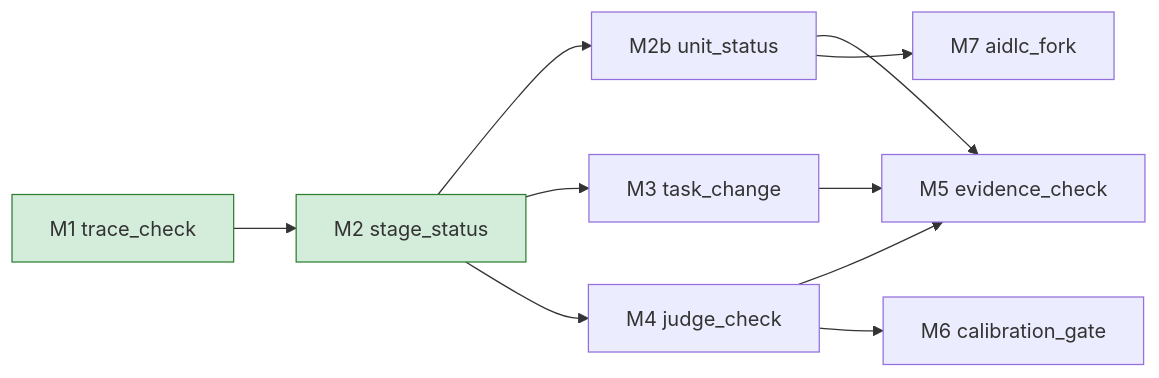
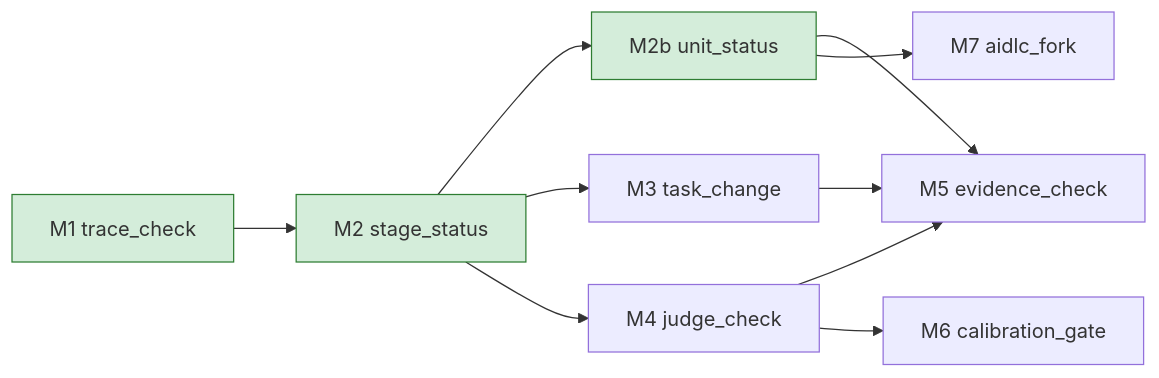
One commit to nullrul/earnest changed the diagram in docs/design/03-implementation-plan.md. Above: the diagram before and after it, drawn with Mermaid. The commit also changed 1 other file, not shown here.

Commit message:
docs: mark M2b done (03(a)) and clarify D15 partial unit-end freezing

````diff
--- a/docs/design/03-implementation-plan.md
+++ b/docs/design/03-implementation-plan.md
@@ -15,14 +15,14 @@
 ```mermaid
 flowchart LR
   M1["M1 trace_check"] --> M2["M2 stage_status"]
   M2 --> M2b["M2b unit_status"]
   M2 --> M3["M3 task_change"]
   M2 --> M4["M4 judge_check"]
   M2b --> M5["M5 evidence_check"]
   M2b --> M7["M7 aidlc_fork"]
   M3 --> M5
   M4 --> M5
   M4 --> M6["M6 calibration_gate"]
   classDef done fill:#d4edda,stroke:#2e7d32
-  class M1,M2 done
+  class M1,M2,M2b done
 ```
````
